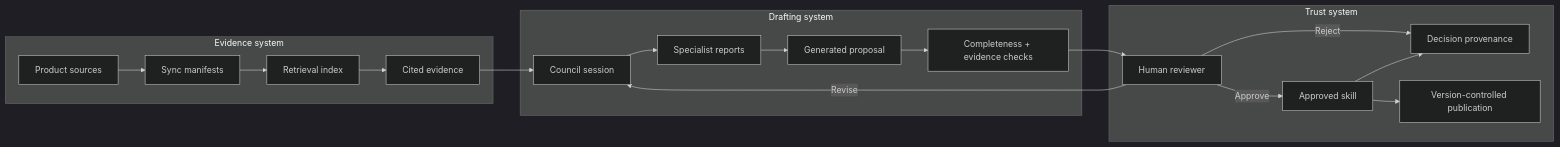
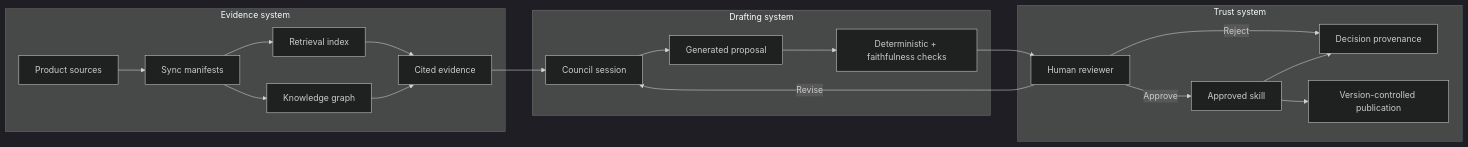
One commit to 0xaeres/anvay-docs changed the first of 3 diagrams in content/docs/concepts.mdx. Above: the diagram before and after it, drawn with Mermaid (dark theme). The commit also changed other lines of this file and 6 other files, not shown here.

````diff
--- a/content/docs/concepts.mdx
+++ b/content/docs/concepts.mdx
@@ -14,37 +14,38 @@
 ```mermaid
 flowchart LR
   subgraph Evidence["Evidence system"]
     Sources["Product sources"]
     Manifest["Sync manifests"]
     Retrieval["Retrieval index"]
+    Graph["Knowledge graph"]
     Citations["Cited evidence"]
   end
 
   subgraph Drafting["Drafting system"]
     Session["Council session"]
-    Specialists["Specialist reports"]
     Draft["Generated proposal"]
-    Eval["Completeness + evidence checks"]
+    Eval["Deterministic + faithfulness checks"]
   end
 
   subgraph Trust["Trust system"]
     Human["Human reviewer"]
     Provenance["Decision provenance"]
     Approved["Approved skill"]
     Git["Version-controlled publication"]
   end
 
   Sources --> Manifest
   Manifest --> Retrieval
+  Manifest --> Graph
   Retrieval --> Citations
+  Graph --> Citations
   Citations --> Session
-  Session --> Specialists
-  Specialists --> Draft
+  Session --> Draft
   Draft --> Eval
   Eval --> Human
   Human -->|Approve| Approved
   Human -->|Revise| Session
   Human -->|Reject| Provenance
   Approved --> Provenance
   Approved --> Git
 ```
````
